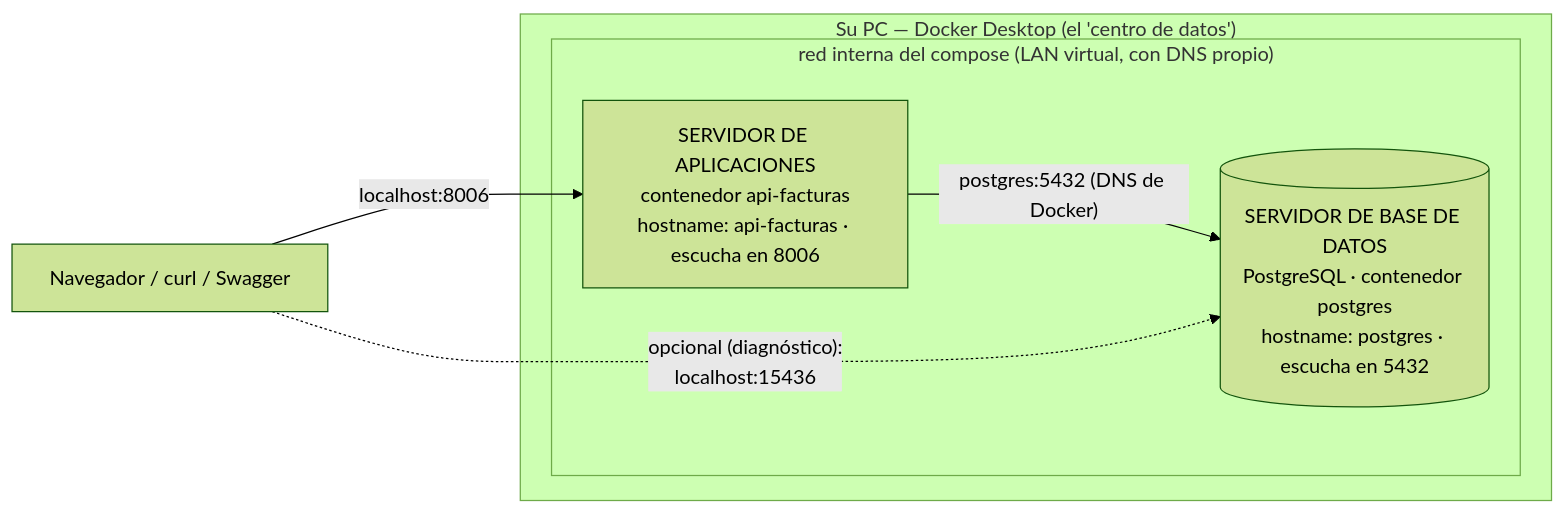
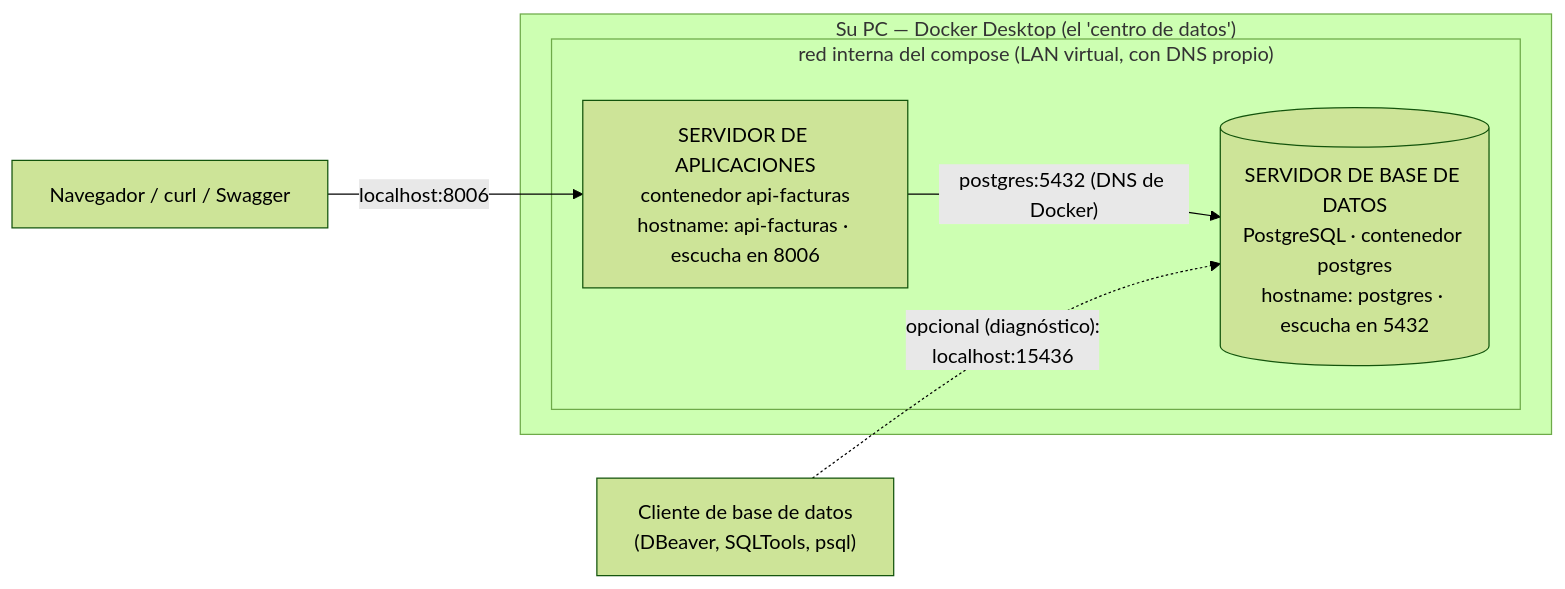
The first of 2 diagrams in docs/CONCEPTOS_DOCKER.md (ccastro2050/proyecto_paradigmas), drawn with Mermaid (forest theme) before and after one commit. The commit also changed other lines of this file, not shown here.

First line of the commit message:
docs(docker): el diagrama sale del docker-compose real, y ninguna flecha miente

````diff
--- a/docs/CONCEPTOS_DOCKER.md
+++ b/docs/CONCEPTOS_DOCKER.md
@@ -194,13 +194,14 @@
 ```mermaid
 flowchart LR
     NAV["Navegador / curl / Swagger"]
+    CLIENTE["Cliente de base de datos<br/>(DBeaver, SQLTools, psql)"]
     subgraph PC["Su PC — Docker Desktop (el 'centro de datos')"]
         subgraph RED["red interna del compose (LAN virtual, con DNS propio)"]
             APIFACTURAS["SERVIDOR DE APLICACIONES<br/>contenedor api-facturas<br/>hostname: api-facturas · escucha en 8006"]
             POSTGRES[("SERVIDOR DE BASE DE DATOS<br/>PostgreSQL · contenedor postgres<br/>hostname: postgres · escucha en 5432")]
         end
     end
     NAV -->|"localhost:8006"| APIFACTURAS
     APIFACTURAS -->|"postgres:5432 (DNS de Docker)"| POSTGRES
-    NAV -.->|"opcional (diagnóstico):<br/>localhost:15436"| POSTGRES
+    CLIENTE -.->|"opcional (diagnóstico):<br/>localhost:15436"| POSTGRES
 ```
````
